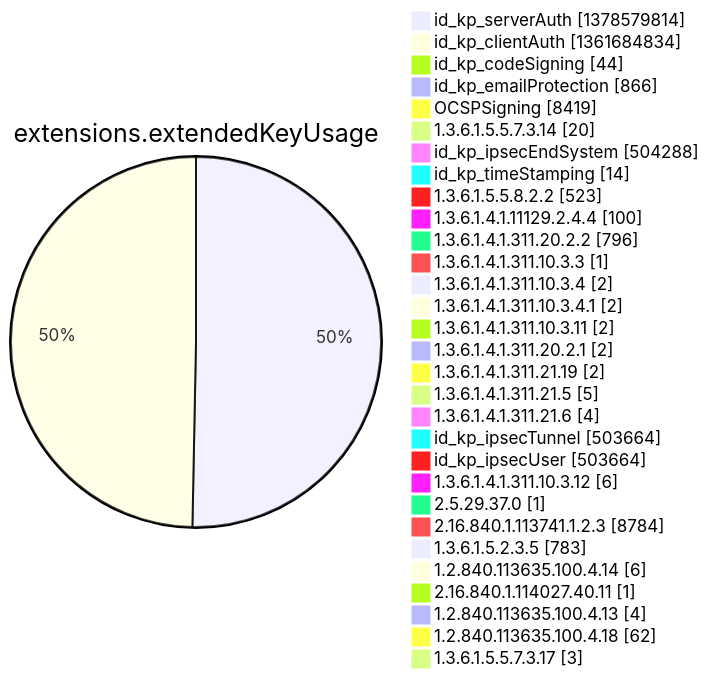
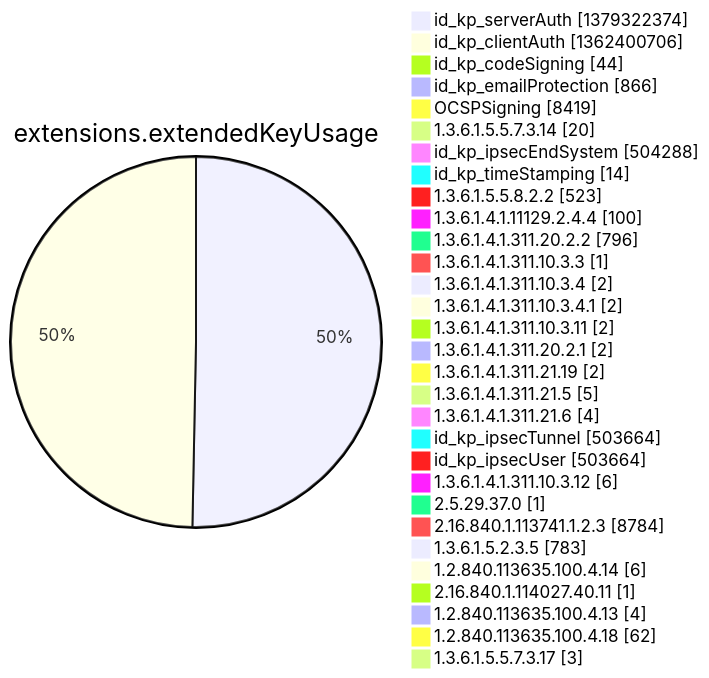
One commit to christiankrug/ctmonitor_visualization changed diagram 12 of 15 in argon2022/README.md. Above: the diagram before and after it, drawn with Mermaid. The commit also changed other lines of this file, not shown here.

````diff
--- a/argon2022/README.md
+++ b/argon2022/README.md
@@ -3554,34 +3554,34 @@
 ```mermaid
 pie showData
 title extensions.extendedKeyUsage
-"id_kp_serverAuth" :1378579814
-"id_kp_clientAuth" :1361684834
+"id_kp_serverAuth" :1379322374
+"id_kp_clientAuth" :1362400706
 "id_kp_codeSigning" :44
 "id_kp_emailProtection" :866
 "OCSPSigning" :8419
 "1.3.6.1.5.5.7.3.14" :20
 "id_kp_ipsecEndSystem" :504288
 "id_kp_timeStamping" :14
 "1.3.6.1.5.5.8.2.2" :523
 "1.3.6.1.4.1.11129.2.4.4" :100
 "1.3.6.1.4.1.311.20.2.2" :796
 "1.3.6.1.4.1.311.10.3.3" :1
 "1.3.6.1.4.1.311.10.3.4" :2
 "1.3.6.1.4.1.311.10.3.4.1" :2
 "1.3.6.1.4.1.311.10.3.11" :2
 "1.3.6.1.4.1.311.20.2.1" :2
 "1.3.6.1.4.1.311.21.19" :2
 "1.3.6.1.4.1.311.21.5" :5
 "1.3.6.1.4.1.311.21.6" :4
 "id_kp_ipsecTunnel" :503664
 "id_kp_ipsecUser" :503664
 "1.3.6.1.4.1.311.10.3.12" :6
 "2.5.29.37.0" :1
 "2.16.840.1.113741.1.2.3" :8784
 "1.3.6.1.5.2.3.5" :783
 "1.2.840.113635.100.4.14" :6
 "2.16.840.1.114027.40.11" :1
 "1.2.840.113635.100.4.13" :4
 "1.2.840.113635.100.4.18" :62
 "1.3.6.1.5.5.7.3.17" :3
 ```
````
